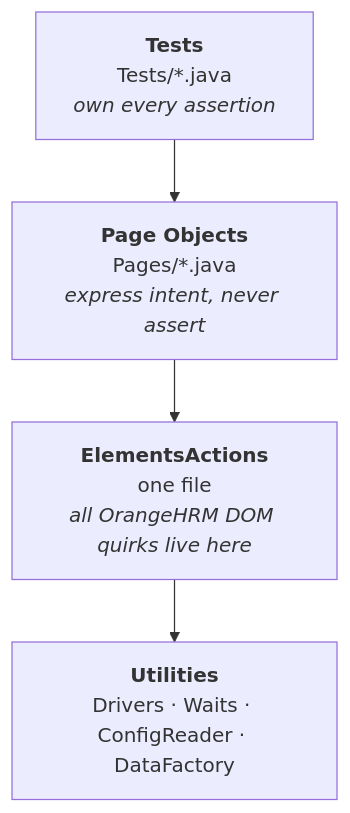
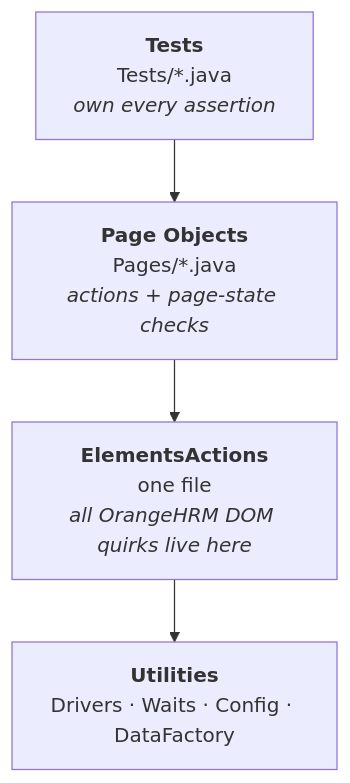
Before and after one commit to 5000hussein/wideBotTask: the diagram in docs/walkthrough.md, drawn with Mermaid. The commit also changed other lines of this file and 51 other files, not shown here.

````diff
--- a/docs/walkthrough.md
+++ b/docs/walkthrough.md
@@ -28,9 +28,9 @@
 ```mermaid
 flowchart TD
     A["<b>Tests</b><br/>Tests/*.java<br/><i>own every assertion</i>"]
-    B["<b>Page Objects</b><br/>Pages/*.java<br/><i>express intent, never assert</i>"]
+    B["<b>Page Objects</b><br/>Pages/*.java<br/><i>actions + page-state checks</i>"]
     C["<b>ElementsActions</b><br/>one file<br/><i>all OrangeHRM DOM quirks live here</i>"]
-    D["<b>Utilities</b><br/>Drivers · Waits · ConfigReader · DataFactory"]
+    D["<b>Utilities</b><br/>Drivers · Waits · Config · DataFactory"]
 
     A --> B --> C --> D
 ```
````
